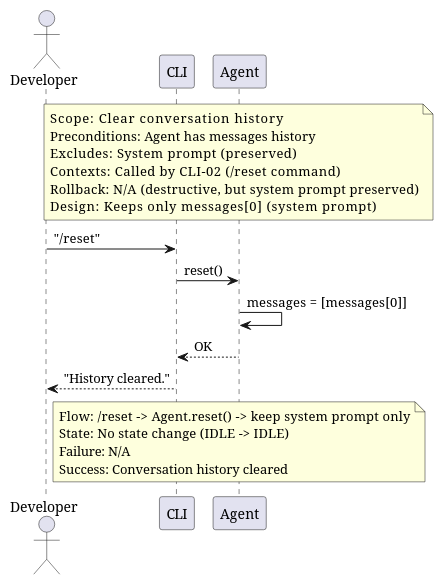
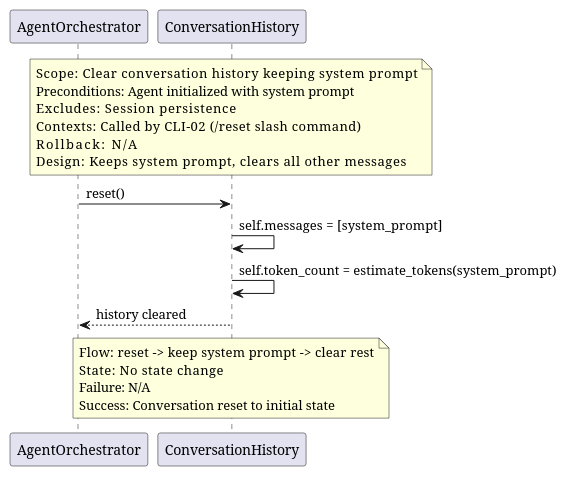
Before and after one commit to salimnamvar/nasim: the diagram in docs/sq/AGT/sq_agt04_reset_history.puml, drawn with PlantUML. The commit also changed 72 other files, not shown here.

```diff
--- a/docs/sq/AGT/sq_agt04_reset_history.puml
+++ b/docs/sq/AGT/sq_agt04_reset_history.puml
@@ -1,41 +1,40 @@
 @startuml sq_agt04_reset_history
 ' ============================================================
 ' Title:     AGT-04 — Reset History
 ' Boundary:  nasim code agent CLI
-' Purpose:   Clear conversation history, keep system prompt
-' Milestone: v0.1
-' Version:   1.0.0
-' Source:    —
-' Review:    docs/audit/audit_2026-06-20_design-chain.md
+' Purpose:   Clear conversation history
+' Milestone: v1.0
+' Version:   2.0.0
+' Source:    docs/audit/audit_2026-06-20_capability-and-architecture.md
+' Review:    —
 ' ============================================================
 
-actor "Developer" as user
-participant "CLI" as cli
-participant "Agent" as agent
+participant "AgentOrchestrator" as agent
+participant "ConversationHistory" as history
 
-box "Agent Core (agent.py)" #E3F2FD
+box "Agent Layer" #E3F2FD
 end box
 
-note over agent
-  Scope:          Clear conversation history
-  Preconditions:  Agent has messages history
-  Excludes:       System prompt (preserved)
-  Contexts:       Called by CLI-02 (/reset command)
-  Rollback:       N/A (destructive, but system prompt preserved)
-  Design:         Keeps only messages[0] (system prompt)
+note over history
+  Scope:          Clear conversation history keeping system prompt
+  Preconditions:  Agent initialized with system prompt
+  Excludes:       Session persistence
+  Contexts:       Called by CLI-02 (/reset slash command)
+  Rollback:       N/A
+  Design:         Keeps system prompt, clears all other messages
 end note
 
-user -> cli : "/reset"
-cli -> agent : reset()
-agent -> agent : messages = [messages[0]]
-agent --> cli : OK
-cli --> user : "History cleared."
+agent -> history : reset()
+history -> history : self.messages = [system_prompt]
+history -> history : self.token_count = estimate_tokens(system_prompt)
 
-note over agent
-  Flow:    /reset -> Agent.reset() -> keep system prompt only
-  State:   No state change (IDLE -> IDLE)
+history --> agent : history cleared
+
+note over history
+  Flow:    reset -> keep system prompt -> clear rest
+  State:   No state change
   Failure: N/A
-  Success: Conversation history cleared
+  Success: Conversation reset to initial state
 end note
 
 @enduml
```
